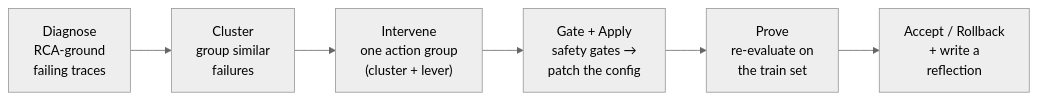
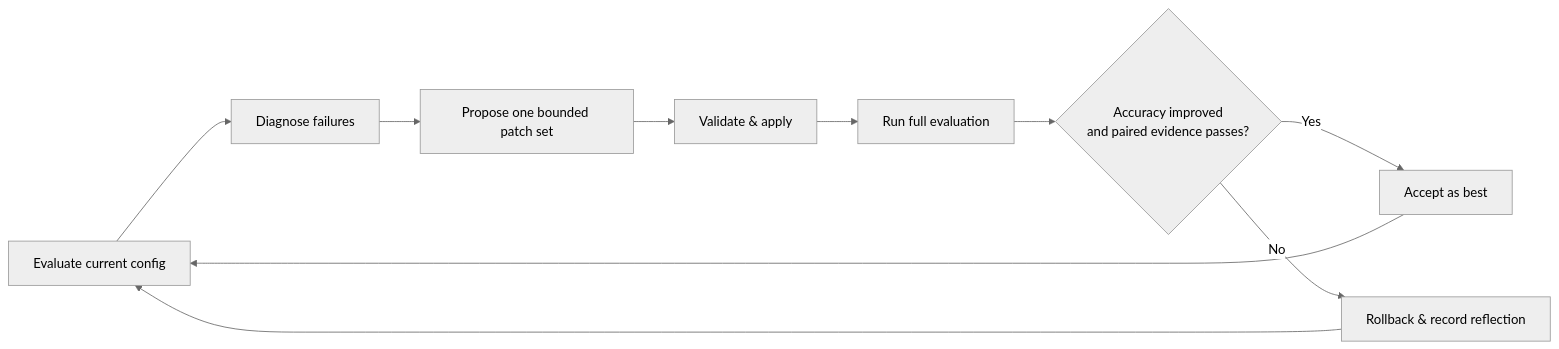
One commit to databricks-solutions/databricks-genie-workbench changed the second of 2 diagrams in docs/docs/features/auto-optimize.md. Above: the diagram before and after it, drawn with Mermaid (neutral theme). The commit also changed other lines of this file and 1068 other files, not shown here.

````diff
--- a/docs/docs/features/auto-optimize.md
+++ b/docs/docs/features/auto-optimize.md
@@ -58,8 +117,12 @@
 ```mermaid
 flowchart LR
-    rca["Diagnose<br/>RCA-ground<br/>failing traces"] --> cl["Cluster<br/>group similar<br/>failures"]
-    cl --> ag["Intervene<br/>one action group<br/>(cluster + lever)"]
-    ag --> gate["Gate + Apply<br/>safety gates →<br/>patch the config"]
-    gate --> ev["Prove<br/>re-evaluate on<br/>the train set"]
-    ev --> acc["Accept / Rollback<br/>+ write a<br/>reflection"]
+    eval["Evaluate current config"] --> diagnose["Diagnose failures"]
+    diagnose --> propose["Propose one bounded patch set"]
+    propose --> safety["Validate & apply"]
+    safety --> prove["Run full evaluation"]
+    prove --> decision{"Accuracy improved<br/>and paired evidence passes?"}
+    decision -->|Yes| keep["Accept as best"]
+    decision -->|No| rollback["Rollback & record reflection"]
+    keep --> eval
+    rollback --> eval
 ```
````
